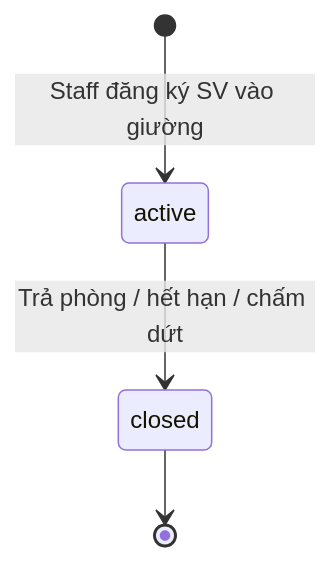
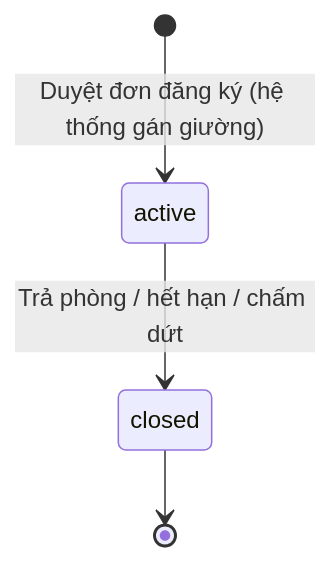
One commit to NguyenMinh205/FE_QuanLyKTX changed the fourth of 14 diagrams in docs/03-PHAN-TICH-NGHIEP-VU.md. Above: the diagram before and after it, drawn with Mermaid. The commit also changed other lines of this file and 33 other files, not shown here.

````diff
--- a/docs/03-PHAN-TICH-NGHIEP-VU.md
+++ b/docs/03-PHAN-TICH-NGHIEP-VU.md
@@ -77,6 +88,6 @@
 ```mermaid
 stateDiagram-v2
-    [*] --> active: Staff đăng ký SV vào giường
+    [*] --> active: Duyệt đơn đăng ký (hệ thống gán giường)
     active --> closed: Trả phòng / hết hạn / chấm dứt
     closed --> [*]
 ```
````
